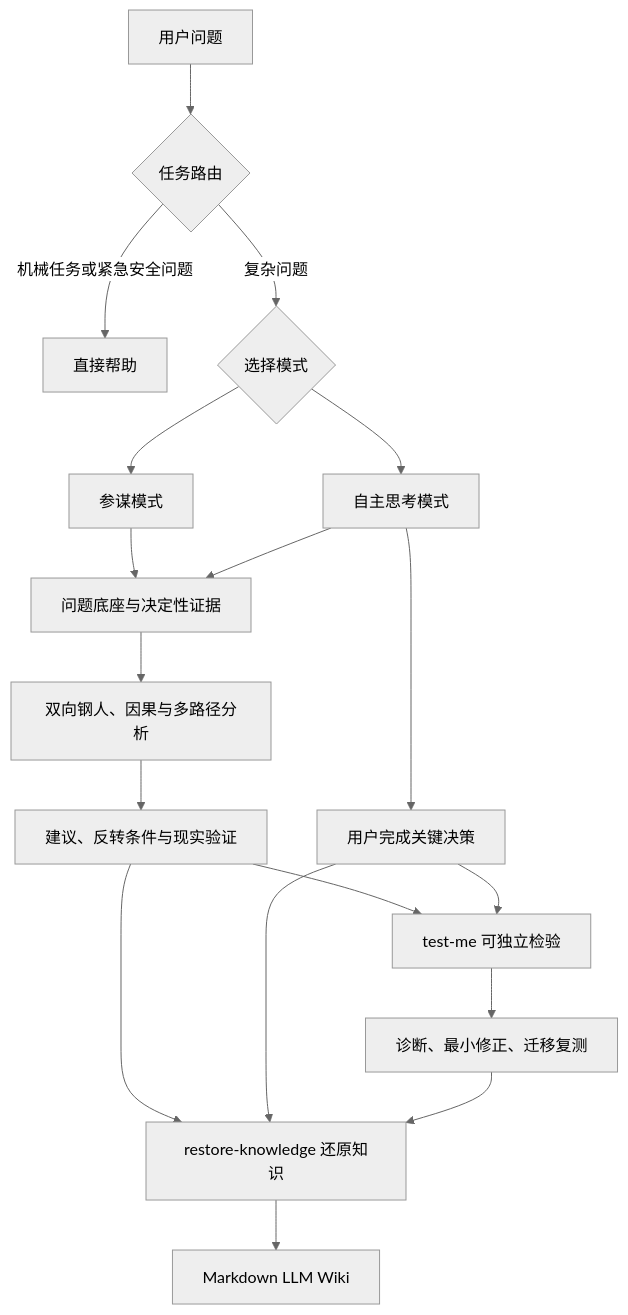
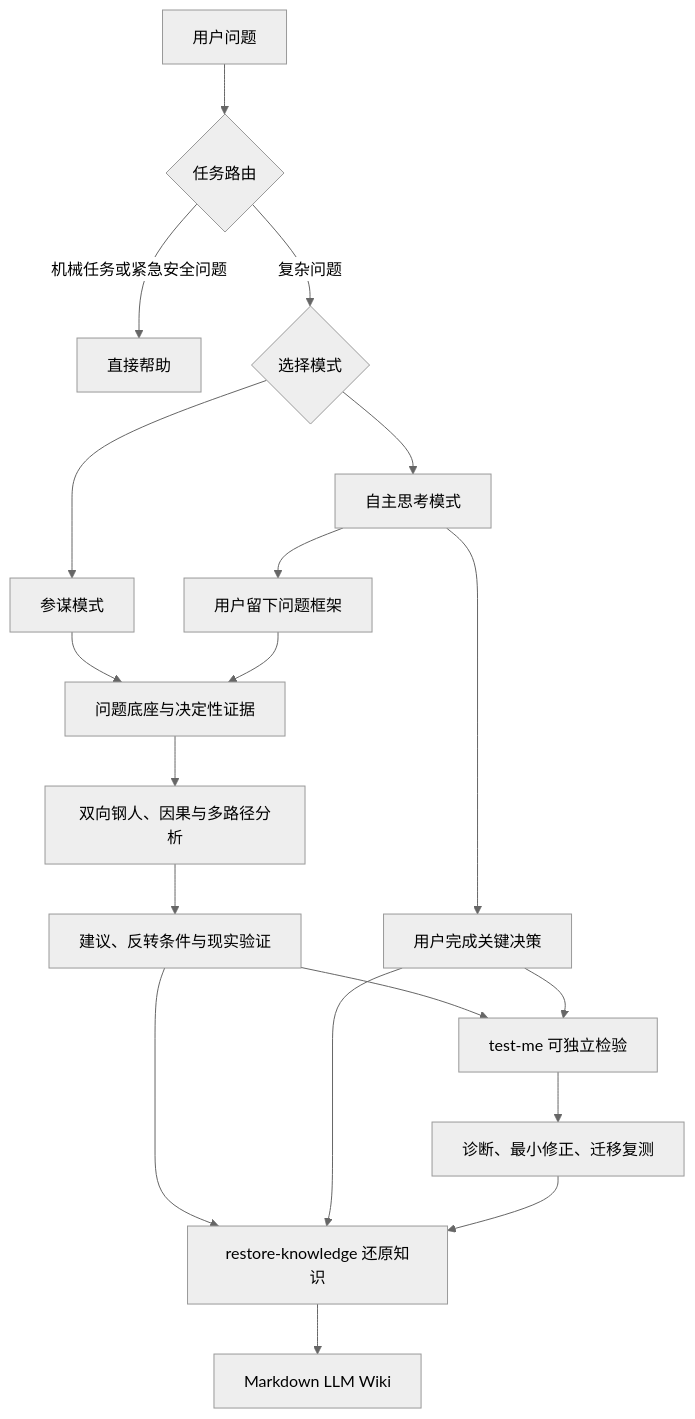
The diagram in README.md (ttttstc/chief-of-staff), drawn with Mermaid (neutral theme) before and after one commit. The commit also changed other lines of this file and 7 other files, not shown here.

````diff
--- a/README.md
+++ b/README.md
@@ -158,20 +158,21 @@
 ```mermaid
 flowchart TD
     A[用户问题] --> B{任务路由}
     B -->|机械任务或紧急安全问题| C[直接帮助]
     B -->|复杂问题| D{选择模式}
     D --> E[参谋模式]
     D --> F[自主思考模式]
     E --> G[问题底座与决定性证据]
-    F --> G
+    F --> O[用户留下问题框架]
+    O --> G
     G --> H[双向钢人、因果与多路径分析]
     H --> I[建议、反转条件与现实验证]
     F --> J[用户完成关键决策]
     I --> K[test-me 可独立检验]
     J --> K
     K --> L[诊断、最小修正、迁移复测]
     I --> M[restore-knowledge 还原知识]
     J --> M
     L --> M
     M --> N[Markdown LLM Wiki]
 ```
````
